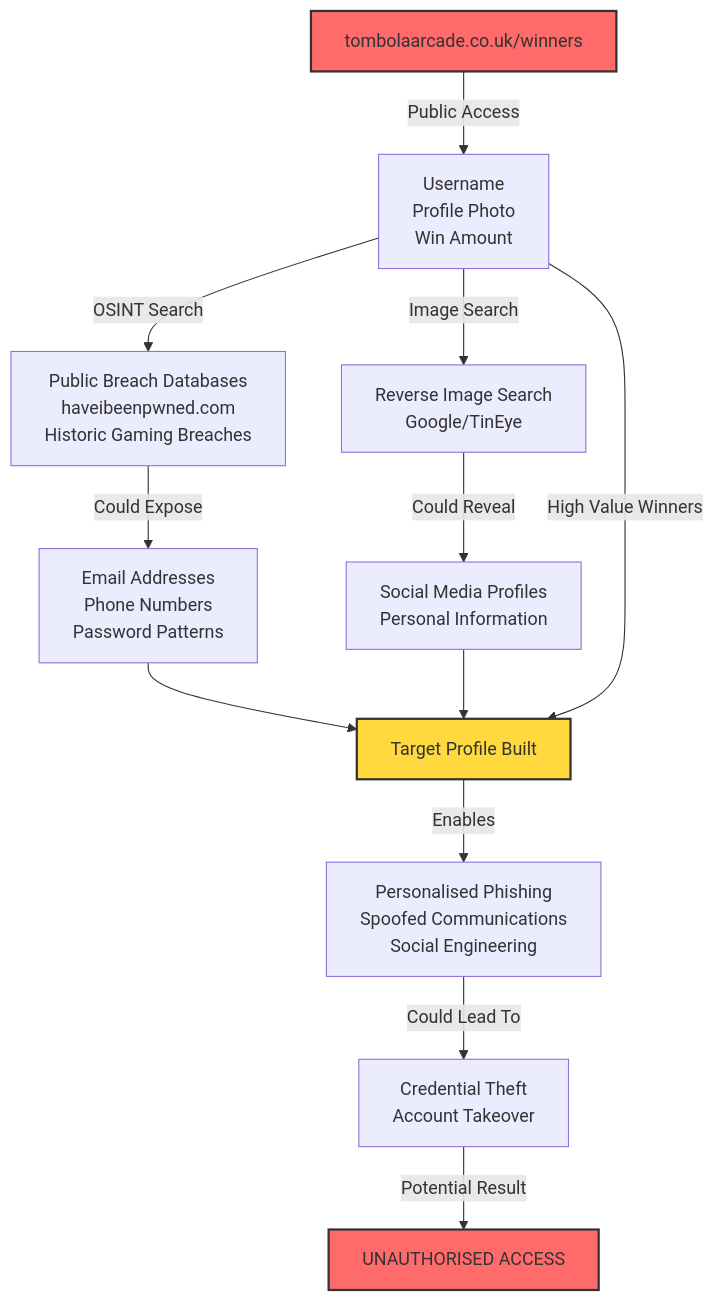
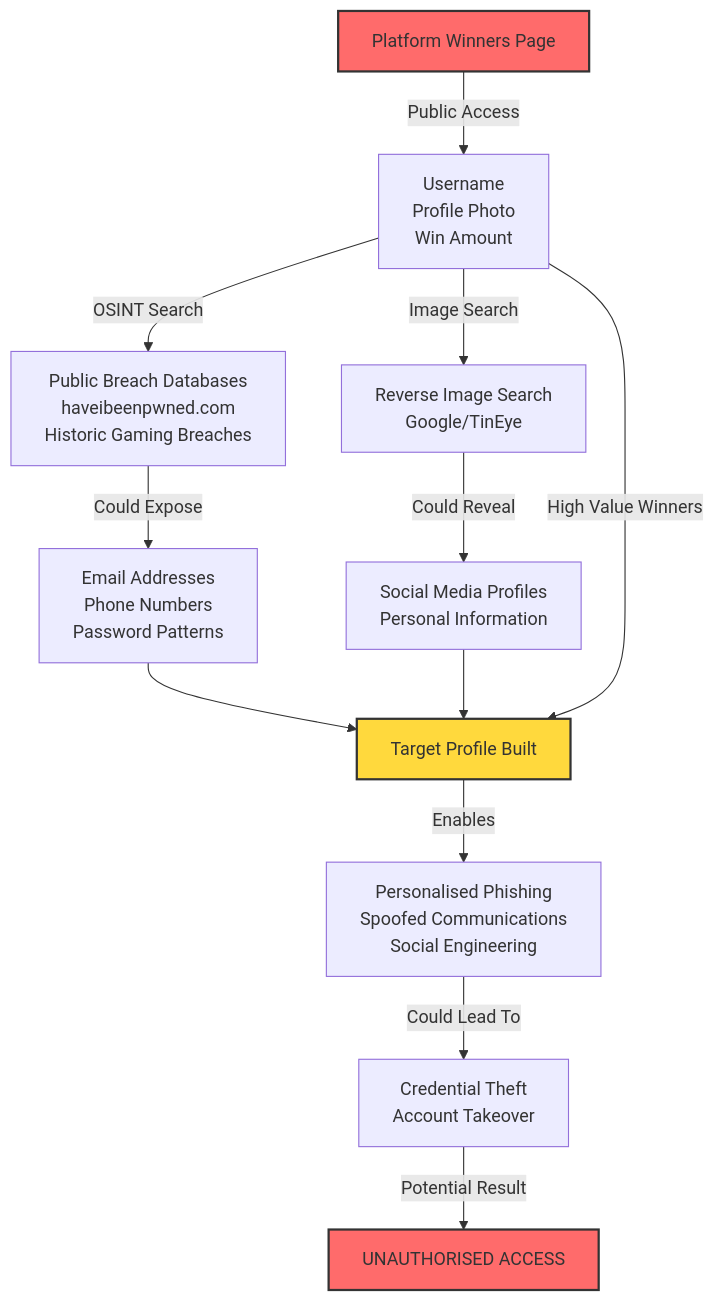
The diagram in technical-analysis.md (nfroze/Project-7-Live-Threat-Modeling), drawn with Mermaid before and after one commit. The commit also changed other lines of this file and 4 other files, not shown here.

````diff
--- a/technical-analysis.md
+++ b/technical-analysis.md
@@ -15,18 +15,18 @@
 ```mermaid
 flowchart TD
-    A[tombolaarcade.co.uk/winners] -->|Public Access| B[Username<br/>Profile Photo<br/>Win Amount]
+    A[Platform Winners Page] -->|Public Access| B[Username<br/>Profile Photo<br/>Win Amount]
     B -->|OSINT Search| C[Public Breach Databases<br/>haveibeenpwned.com<br/>Historic Gaming Breaches]
     B -->|Image Search| D[Reverse Image Search<br/>Google/TinEye]
     C -->|Could Expose| E[Email Addresses<br/>Phone Numbers<br/>Password Patterns]
     D -->|Could Reveal| F[Social Media Profiles<br/>Personal Information]
     E --> G[Target Profile Built]
     F --> G
     B -->|High Value Winners| G
     G -->|Enables| H[Personalised Phishing<br/>Spoofed Communications<br/>Social Engineering]
     H -->|Could Lead To| I[Credential Theft<br/>Account Takeover]
     I -->|Potential Result| J[UNAUTHORISED ACCESS]
     
     style A fill:#ff6b6b,stroke:#333,stroke-width:2px
     style J fill:#ff6b6b,stroke:#333,stroke-width:2px
     style G fill:#ffd93d,stroke:#333,stroke-width:2px
 ```
````
